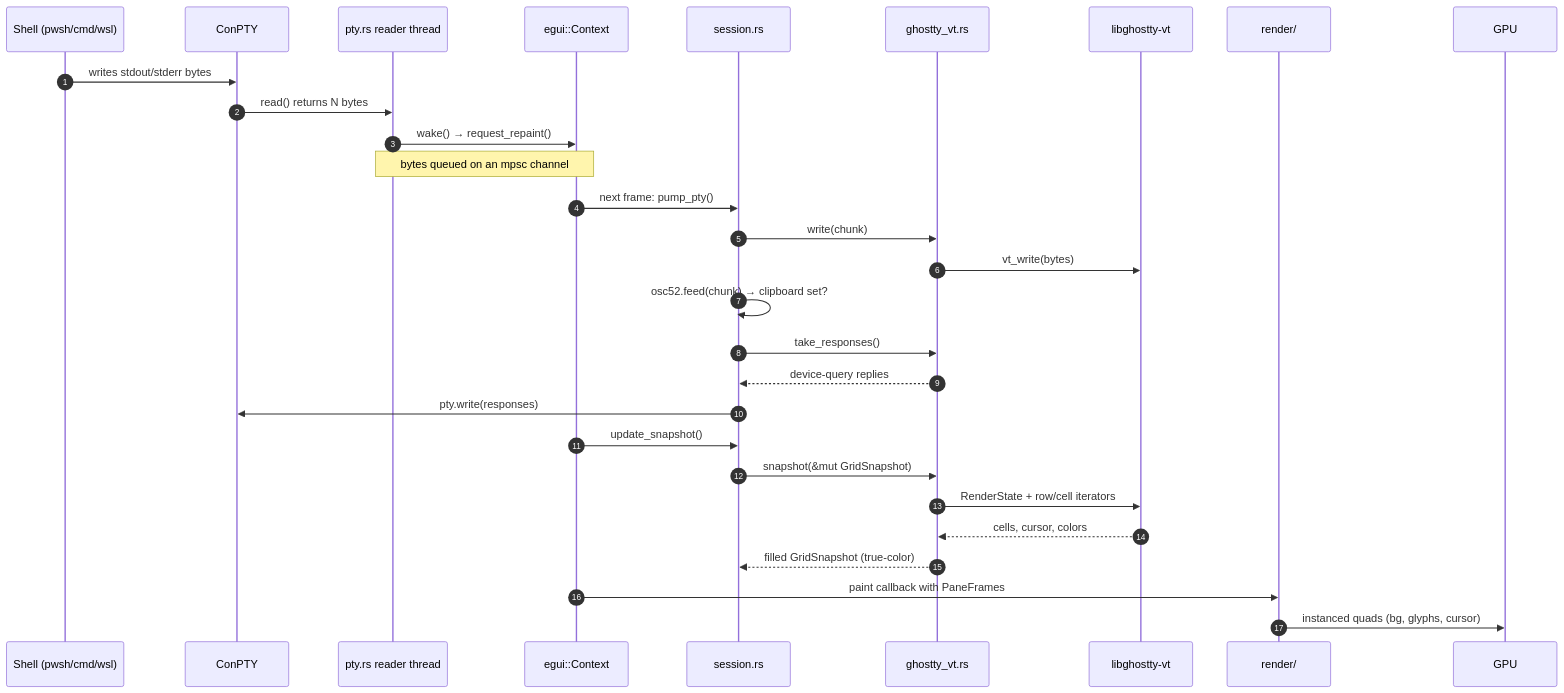
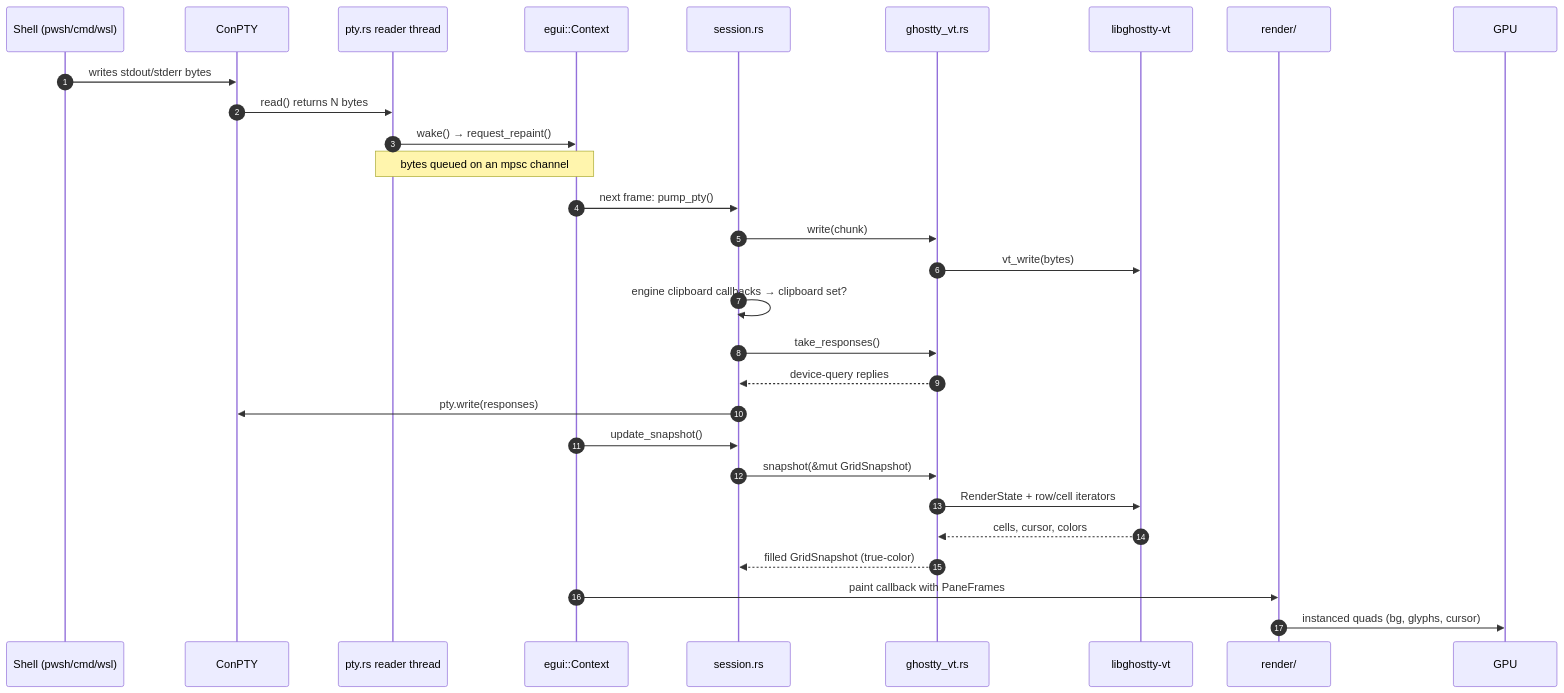
Before and after one commit to stvnksslr/geist: the first of 3 diagrams in docs/architecture/data-flow.md, drawn with Mermaid. The commit also changed 23 other files, not shown here.

First line of the commit message:
feat(clipboard): kitty OSC 5522 + paste events; OSC 52 and pwd from the engine

````diff
--- a/docs/architecture/data-flow.md
+++ b/docs/architecture/data-flow.md
@@ -13,32 +13,32 @@
 ```mermaid
 sequenceDiagram
     autonumber
     participant Shell as Shell (pwsh/cmd/wsl)
     participant ConPTY as ConPTY
     participant Reader as pty.rs reader thread
     participant Ctx as egui::Context
     participant Sess as session.rs
     participant Eng as ghostty_vt.rs
     participant VT as libghostty-vt
     participant Ren as render/
     participant GPU as GPU
 
     Shell->>ConPTY: writes stdout/stderr bytes
     ConPTY->>Reader: read() returns N bytes
     Reader->>Ctx: wake() → request_repaint()
     Note over Reader,Ctx: bytes queued on an mpsc channel
     Ctx->>Sess: next frame: pump_pty()
     Sess->>Eng: write(chunk)
     Eng->>VT: vt_write(bytes)
-    Sess->>Sess: osc52.feed(chunk) → clipboard set?
+    Sess->>Sess: engine clipboard callbacks → clipboard set?
     Sess->>Eng: take_responses()
     Eng-->>Sess: device-query replies
     Sess->>ConPTY: pty.write(responses)
     Ctx->>Sess: update_snapshot()
     Sess->>Eng: snapshot(&mut GridSnapshot)
     Eng->>VT: RenderState + row/cell iterators
     VT-->>Eng: cells, cursor, colors
     Eng-->>Sess: filled GridSnapshot (true-color)
     Ctx->>Ren: paint callback with PaneFrames
     Ren->>GPU: instanced quads (bg, glyphs, cursor)
 ```
````
